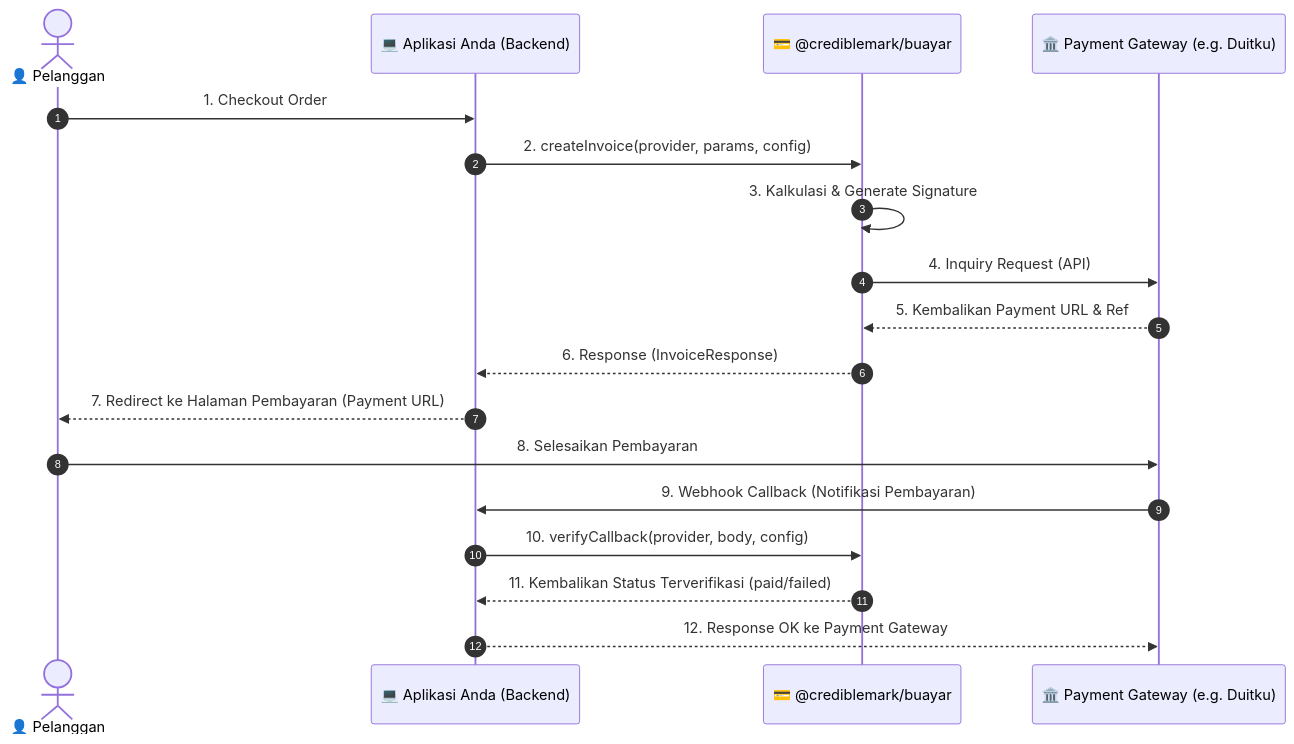
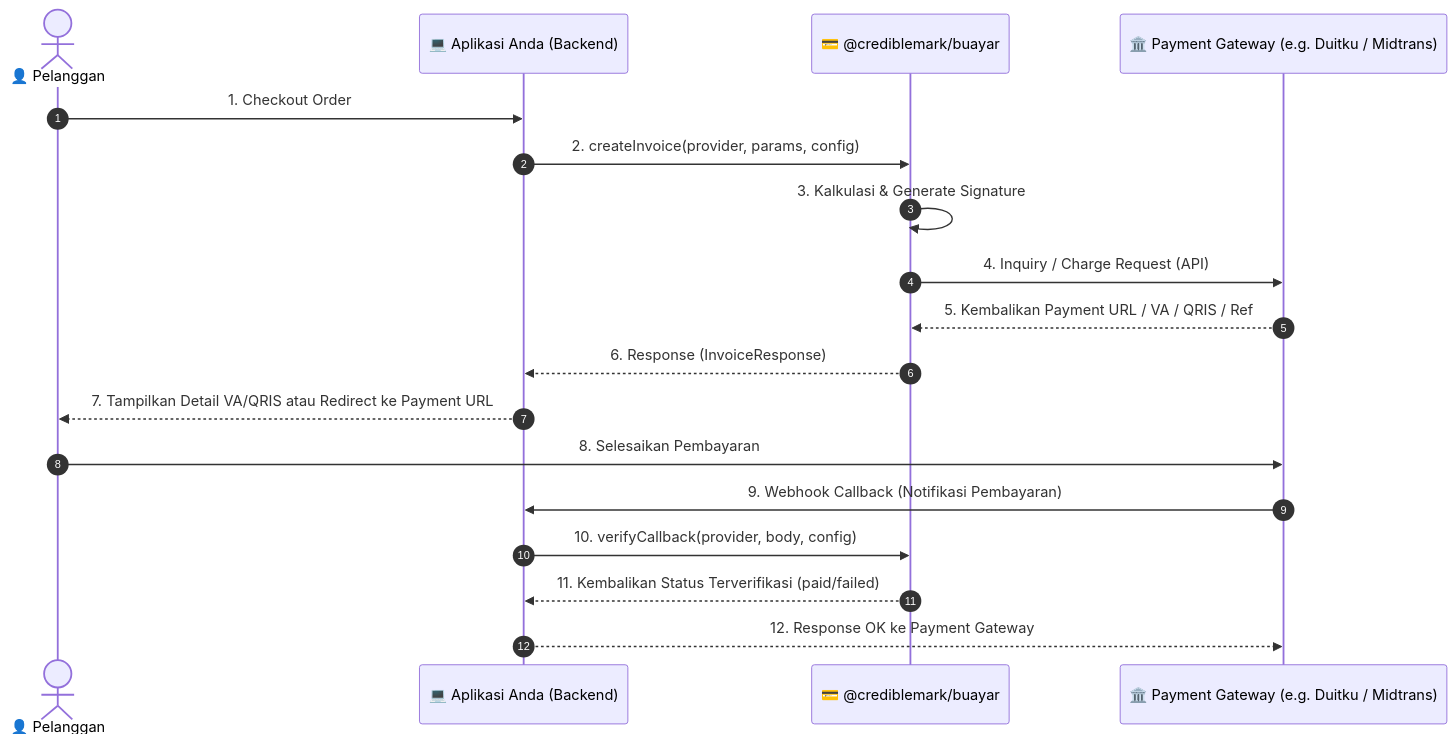
Before and after one commit to crediblemark-official/Buayar: the diagram in README.md, drawn with Mermaid. The commit also changed other lines of this file, not shown here.

Commit message:
dok: perbarui dokumentasi payment gateway yang didukung (Duitku dan Midtrans)

````diff
--- a/README.md
+++ b/README.md
@@ -64,21 +95,21 @@
 ```mermaid
 sequenceDiagram
     autonumber
     actor Customer as 👤 Pelanggan
     participant App as 💻 Aplikasi Anda (Backend)
     participant SDK as 💳 @crediblemark/buayar
-    participant PG as 🏛️ Payment Gateway (e.g. Duitku)
+    participant PG as 🏛️ Payment Gateway (e.g. Duitku / Midtrans)
 
     Customer->>App: 1. Checkout Order
     App->>SDK: 2. createInvoice(provider, params, config)
     SDK->>SDK: 3. Kalkulasi & Generate Signature
-    SDK->>PG: 4. Inquiry Request (API)
-    PG-->>SDK: 5. Kembalikan Payment URL & Ref
+    SDK->>PG: 4. Inquiry / Charge Request (API)
+    PG-->>SDK: 5. Kembalikan Payment URL / VA / QRIS / Ref
     SDK-->>App: 6. Response (InvoiceResponse)
-    App-->>Customer: 7. Redirect ke Halaman Pembayaran (Payment URL)
+    App-->>Customer: 7. Tampilkan Detail VA/QRIS atau Redirect ke Payment URL
     Customer->>PG: 8. Selesaikan Pembayaran
     PG->>App: 9. Webhook Callback (Notifikasi Pembayaran)
     App->>SDK: 10. verifyCallback(provider, body, config)
     SDK-->>App: 11. Kembalikan Status Terverifikasi (paid/failed)
     App-->>PG: 12. Response OK ke Payment Gateway
 ```
````
